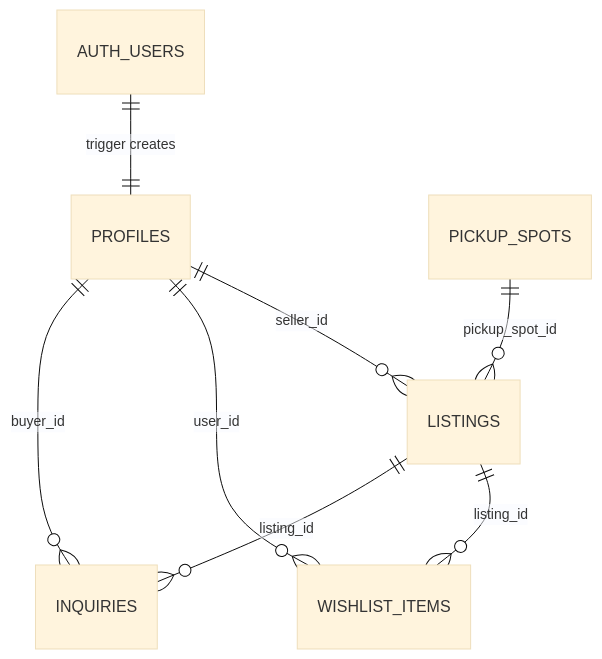
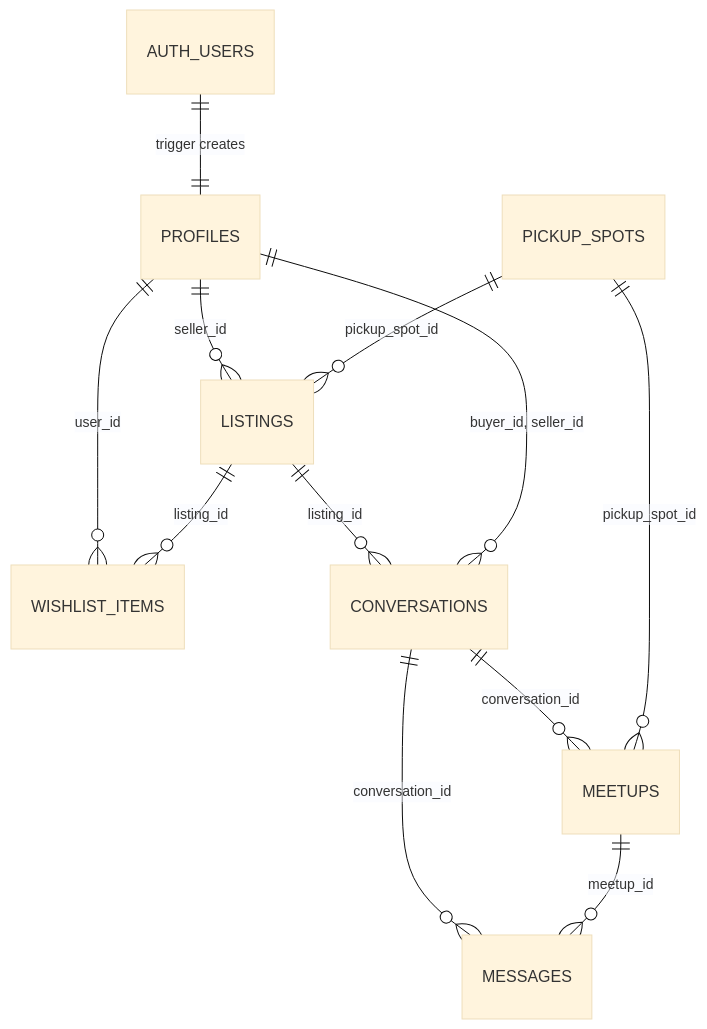
The diagram in docs/write-up.md (vedantdev37/campus-marketplace), drawn with Mermaid (base theme) before and after one commit. The commit also changed other lines of this file and 4 other files, not shown here.

````diff
--- a/docs/write-up.md
+++ b/docs/write-up.md
@@ -52,10 +54,14 @@
 ```mermaid
 erDiagram
     AUTH_USERS ||--|| PROFILES : "trigger creates"
     PROFILES ||--o{ LISTINGS : "seller_id"
     PICKUP_SPOTS ||--o{ LISTINGS : "pickup_spot_id"
     PROFILES ||--o{ WISHLIST_ITEMS : "user_id"
     LISTINGS ||--o{ WISHLIST_ITEMS : "listing_id"
-    PROFILES ||--o{ INQUIRIES : "buyer_id"
-    LISTINGS ||--o{ INQUIRIES : "listing_id"
+    LISTINGS ||--o{ CONVERSATIONS : "listing_id"
+    PROFILES ||--o{ CONVERSATIONS : "buyer_id, seller_id"
+    CONVERSATIONS ||--o{ MESSAGES : "conversation_id"
+    CONVERSATIONS ||--o{ MEETUPS : "conversation_id"
+    PICKUP_SPOTS ||--o{ MEETUPS : "pickup_spot_id"
+    MEETUPS ||--o{ MESSAGES : "meetup_id"
 ```
````
